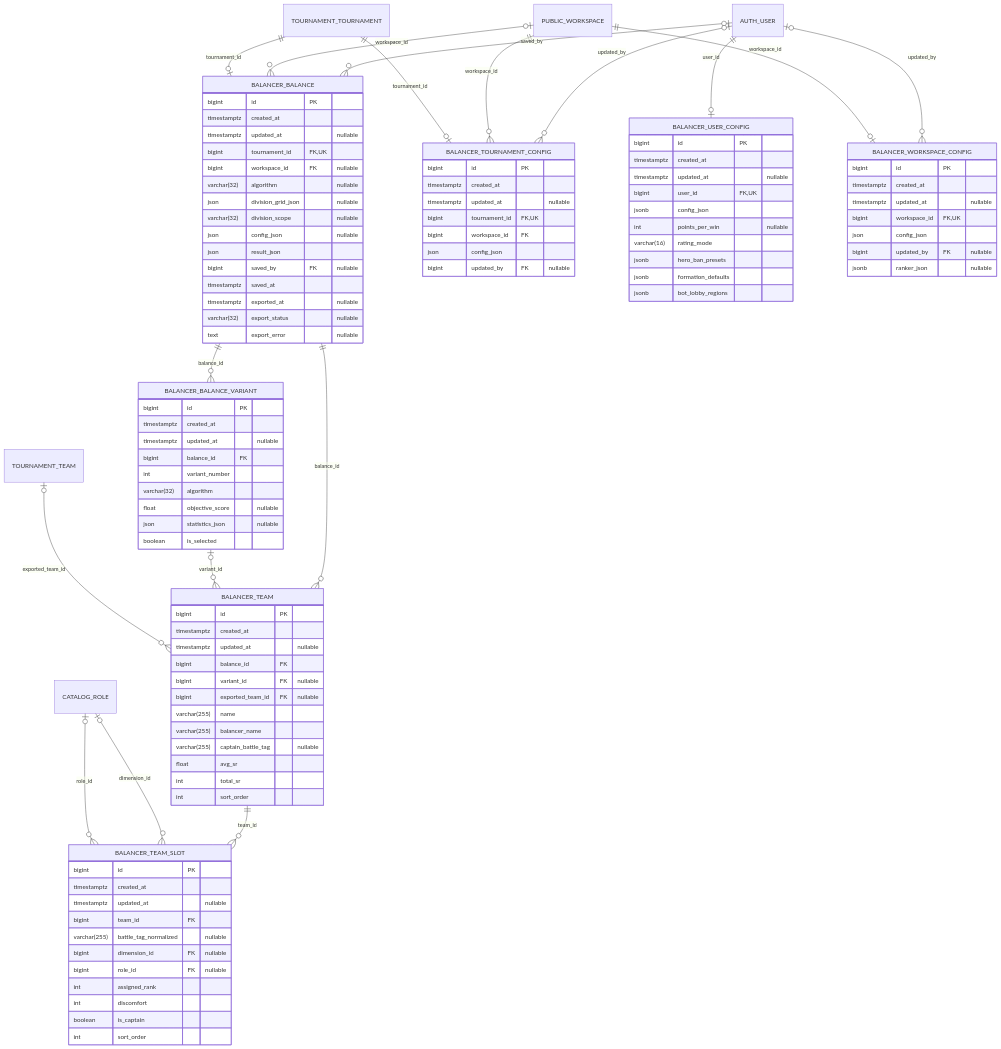
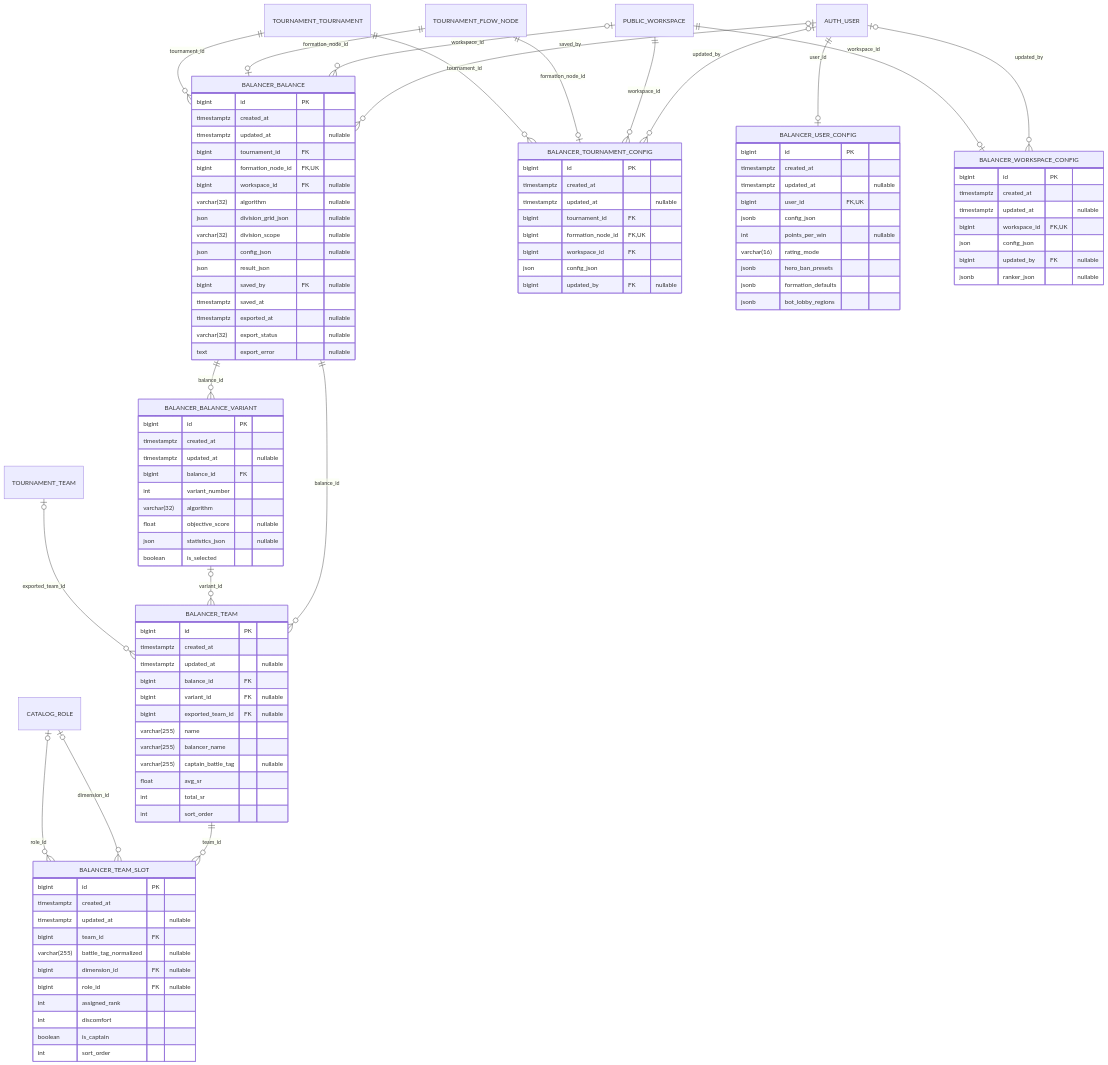
Diagram 12 of 22 in docs/database_erd.md (CraazzzyyFoxx/overwatch-tournaments), drawn with Mermaid before and after one commit. The commit also changed other lines of this file and 103 other files, not shown here.

Commit message:
feat(formation): teams, balances, configs and drafts owned by a formation node

````diff
--- a/docs/database_erd.md
+++ b/docs/database_erd.md
@@ -2306,7 +2310,8 @@
         bigint id PK
         timestamptz created_at
         timestamptz updated_at "nullable"
-        bigint tournament_id FK,UK
+        bigint tournament_id FK
+        bigint formation_node_id FK,UK
         bigint workspace_id FK "nullable"
         varchar(32) algorithm "nullable"
         json division_grid_json "nullable"
@@ -2361,7 +2366,8 @@
         bigint id PK
         timestamptz created_at
         timestamptz updated_at "nullable"
-        bigint tournament_id FK,UK
+        bigint tournament_id FK
+        bigint formation_node_id FK,UK
         bigint workspace_id FK
         json config_json
         bigint updated_by FK "nullable"
@@ -2401,7 +2407,9 @@
     PUBLIC_WORKSPACE |o--o{ BALANCER_BALANCE : "workspace_id"
     PUBLIC_WORKSPACE ||--o{ BALANCER_TOURNAMENT_CONFIG : "workspace_id"
     PUBLIC_WORKSPACE ||--o| BALANCER_WORKSPACE_CONFIG : "workspace_id"
+    TOURNAMENT_FLOW_NODE ||--o| BALANCER_BALANCE : "formation_node_id"
+    TOURNAMENT_FLOW_NODE ||--o| BALANCER_TOURNAMENT_CONFIG : "formation_node_id"
     TOURNAMENT_TEAM |o--o{ BALANCER_TEAM : "exported_team_id"
-    TOURNAMENT_TOURNAMENT ||--o| BALANCER_BALANCE : "tournament_id"
-    TOURNAMENT_TOURNAMENT ||--o| BALANCER_TOURNAMENT_CONFIG : "tournament_id"
+    TOURNAMENT_TOURNAMENT ||--o{ BALANCER_BALANCE : "tournament_id"
+    TOURNAMENT_TOURNAMENT ||--o{ BALANCER_TOURNAMENT_CONFIG : "tournament_id"
 ```
````
